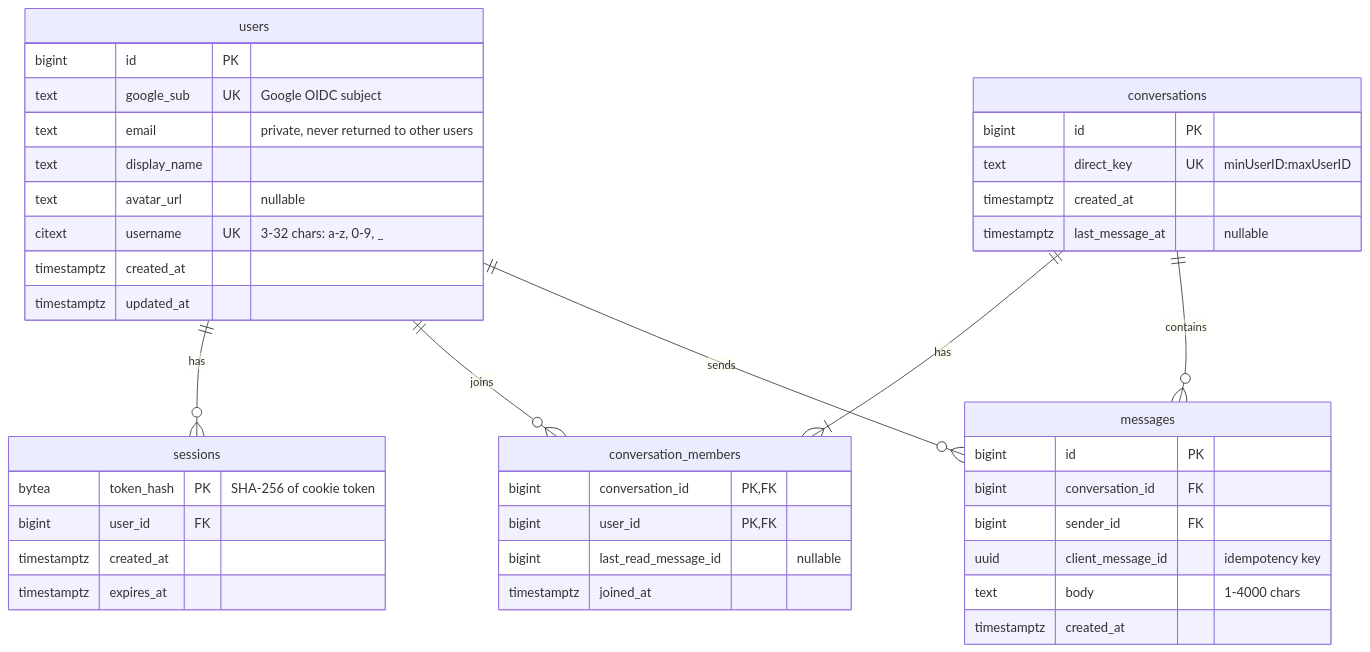
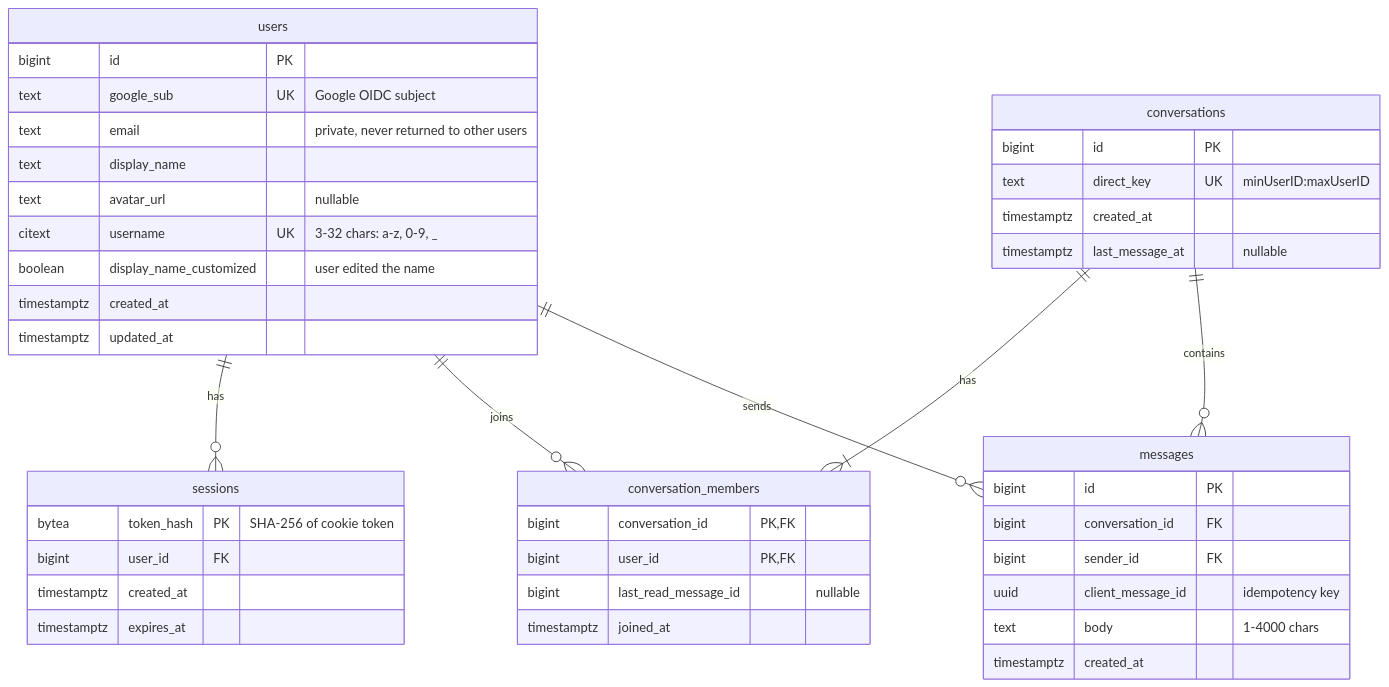
The diagram in docs/database.md (tosrv/personal-messenger), drawn with Mermaid before and after one commit. The commit also changed other lines of this file and 26 other files, not shown here.

````diff
--- a/docs/database.md
+++ b/docs/database.md
@@ -7,45 +7,46 @@
 ```mermaid
 erDiagram
     users ||--o{ sessions : "has"
     users ||--o{ conversation_members : "joins"
     conversations ||--|{ conversation_members : "has"
     conversations ||--o{ messages : "contains"
     users ||--o{ messages : "sends"
 
     users {
         bigint id PK
         text google_sub UK "Google OIDC subject"
         text email "private, never returned to other users"
         text display_name
         text avatar_url "nullable"
         citext username UK "3-32 chars: a-z, 0-9, _"
+        boolean display_name_customized "user edited the name"
         timestamptz created_at
         timestamptz updated_at
     }
     sessions {
         bytea token_hash PK "SHA-256 of cookie token"
         bigint user_id FK
         timestamptz created_at
         timestamptz expires_at
     }
     conversations {
         bigint id PK
         text direct_key UK "minUserID:maxUserID"
         timestamptz created_at
         timestamptz last_message_at "nullable"
     }
     conversation_members {
         bigint conversation_id PK, FK
         bigint user_id PK, FK
         bigint last_read_message_id "nullable"
         timestamptz joined_at
     }
     messages {
         bigint id PK
         bigint conversation_id FK
         bigint sender_id FK
         uuid client_message_id "idempotency key"
         text body "1-4000 chars"
         timestamptz created_at
     }
 ```
````
